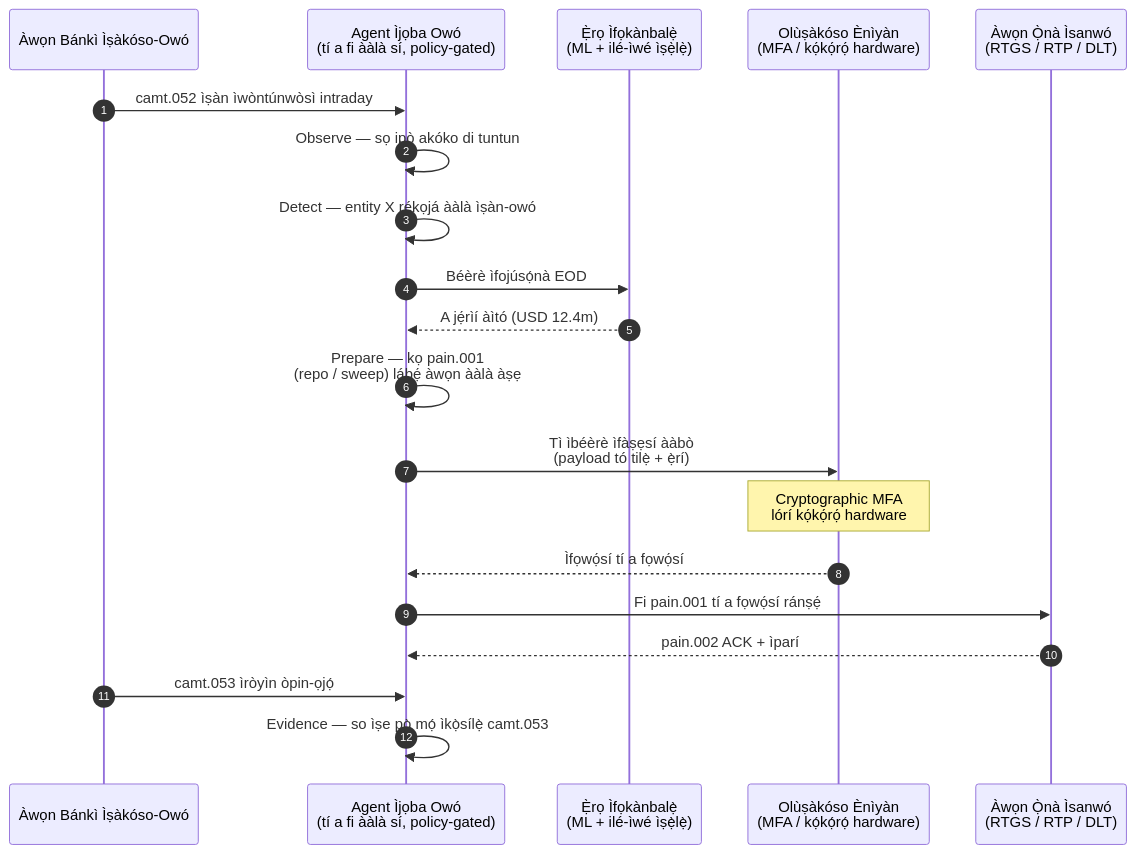
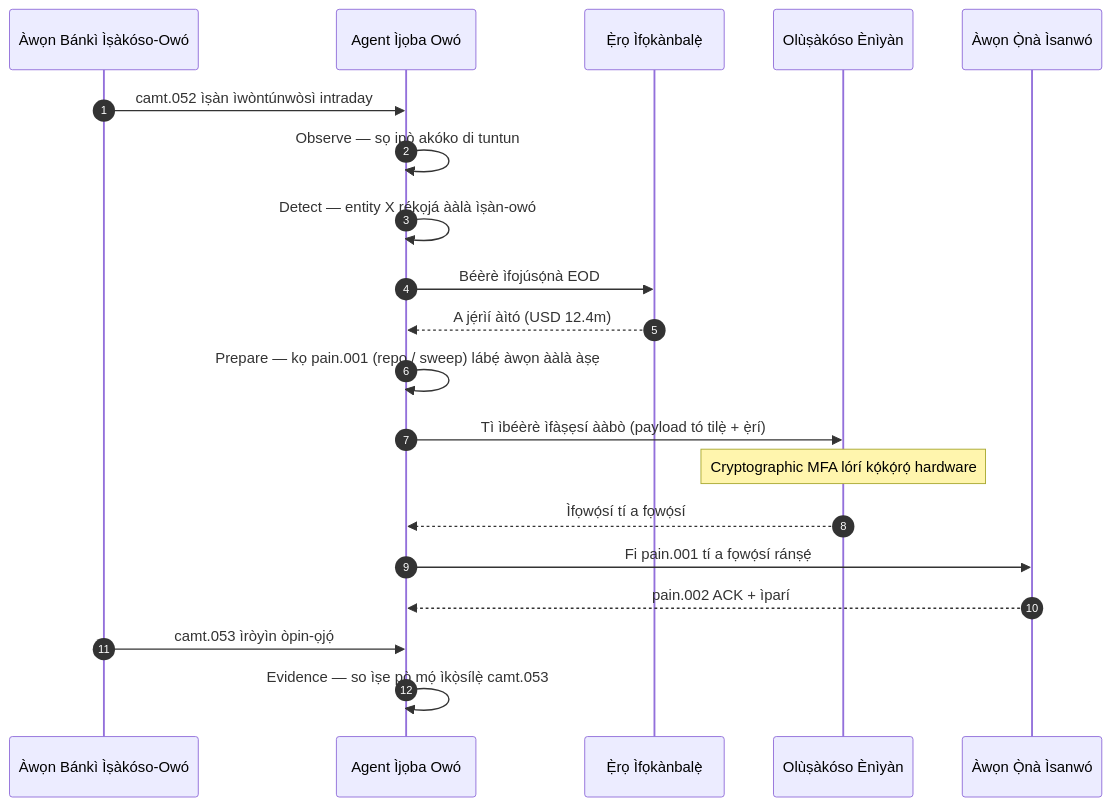
Before and after one commit to sebastienrousseau/sebastienrousseau.github.io: the diagram in _posts/yo/2026-06-07-autonomous-treasury-index-programmable-liquidity-tokenised-deposits-2026.md, drawn with Mermaid. The commit also changed 2231 other files, not shown here.

First line of the commit message:
fix(mermaid): unblock Mermaid v10 rendering end-to-end (#198)

````diff
--- a/_posts/yo/2026-06-07-autonomous-treasury-index-programmable-liquidity-tokenised-deposits-2026.md
+++ b/_posts/yo/2026-06-07-autonomous-treasury-index-programmable-liquidity-tokenised-deposits-2026.md
@@ -152,23 +152,22 @@
 ```mermaid
 sequenceDiagram
     autonumber
     participant Banks as Àwọn Bánkì Ìṣàkóso-Owó
-    participant Agent as Agent Ìjọba Owó<br/>(tí a fi ààlà sí, policy-gated)
-    participant Forecast as Ẹ̀rọ Ìfọkànbalẹ̀<br/>(ML + ilé-ìwé ìṣẹ̀lẹ̀)
-    participant Treasurer as Olùṣàkóso Ènìyàn<br/>(MFA / kọ́kọ́rọ́ hardware)
-    participant Rails as Àwọn Ọ̀nà Ìsanwó<br/>(RTGS / RTP / DLT)
-
+    participant Agent as Agent Ìjọba Owó
+    participant Forecast as Ẹ̀rọ Ìfọkànbalẹ̀
+    participant Treasurer as Olùṣàkóso Ènìyàn
+    participant Rails as Àwọn Ọ̀nà Ìsanwó
     Banks->>Agent: camt.052 ìṣàn ìwòntúnwòsì intraday
     Agent->>Agent: Observe — sọ ipò akóko di tuntun
     Agent->>Agent: Detect — entity X rékọjá ààlà ìṣàn-owó
     Agent->>Forecast: Béèrè ìfojúsọ́nà EOD
     Forecast-->>Agent: A jẹ́rìí àìtó (USD 12.4m)
-    Agent->>Agent: Prepare — kọ pain.001<br/>(repo / sweep) lábẹ́ àwọn ààlà àṣẹ
-    Agent->>Treasurer: Tì ìbéèrè ìfàṣẹsí ààbò<br/>(payload tó tilẹ̀ + ẹ̀rí)
-    Note over Treasurer: Cryptographic MFA<br/>lórí kọ́kọ́rọ́ hardware
+    Agent->>Agent: Prepare — kọ pain.001 (repo / sweep) lábẹ́ àwọn ààlà àṣẹ
+    Agent->>Treasurer: Tì ìbéèrè ìfàṣẹsí ààbò (payload tó tilẹ̀ + ẹ̀rí)
+    Note over Treasurer: Cryptographic MFA lórí kọ́kọ́rọ́ hardware
     Treasurer-->>Agent: Ìfọwọ́sí tí a fọwọ́sí
     Agent->>Rails: Fi pain.001 tí a fọwọ́sí ránṣẹ́
     Rails-->>Agent: pain.002 ACK + ìparí
     Banks->>Agent: camt.053 ìròyìn òpin-ọjọ́
     Agent->>Agent: Evidence — so ìṣe pọ̀ mọ́ ìkọ̀sílẹ̀ camt.053
 ```
````
